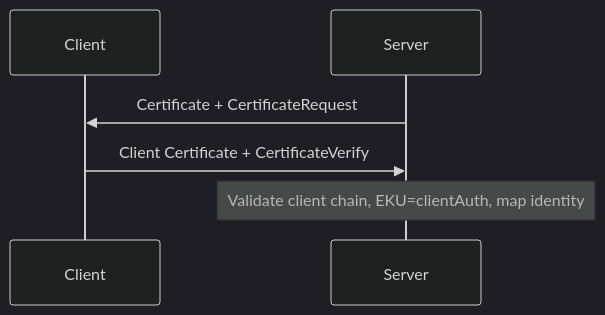
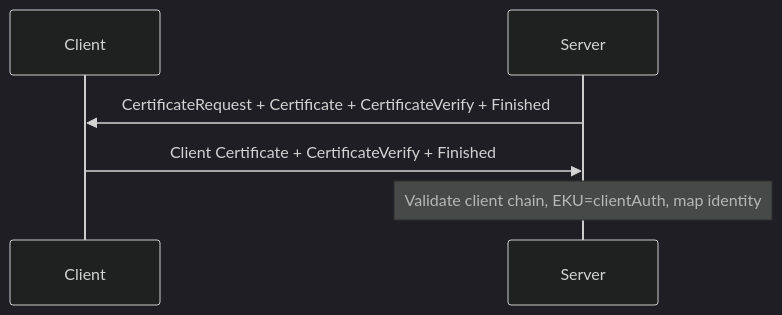
One commit to McBartok/PKI-Guide changed the diagram in docs/diagrams/mtls-auth.mmd. Above: the diagram before and after it, drawn with Mermaid (dark theme). The commit also changed 15 other files, not shown here.

```diff
--- a/docs/diagrams/mtls-auth.mmd
+++ b/docs/diagrams/mtls-auth.mmd
@@ -1,6 +1,6 @@
 sequenceDiagram
     participant C as Client
     participant S as Server
-    S->>C: Certificate + CertificateRequest
-    C->>S: Client Certificate + CertificateVerify
+    S->>C: CertificateRequest + Certificate + CertificateVerify + Finished
+    C->>S: Client Certificate + CertificateVerify + Finished
     Note over S: Validate client chain, EKU=clientAuth, map identity
```
